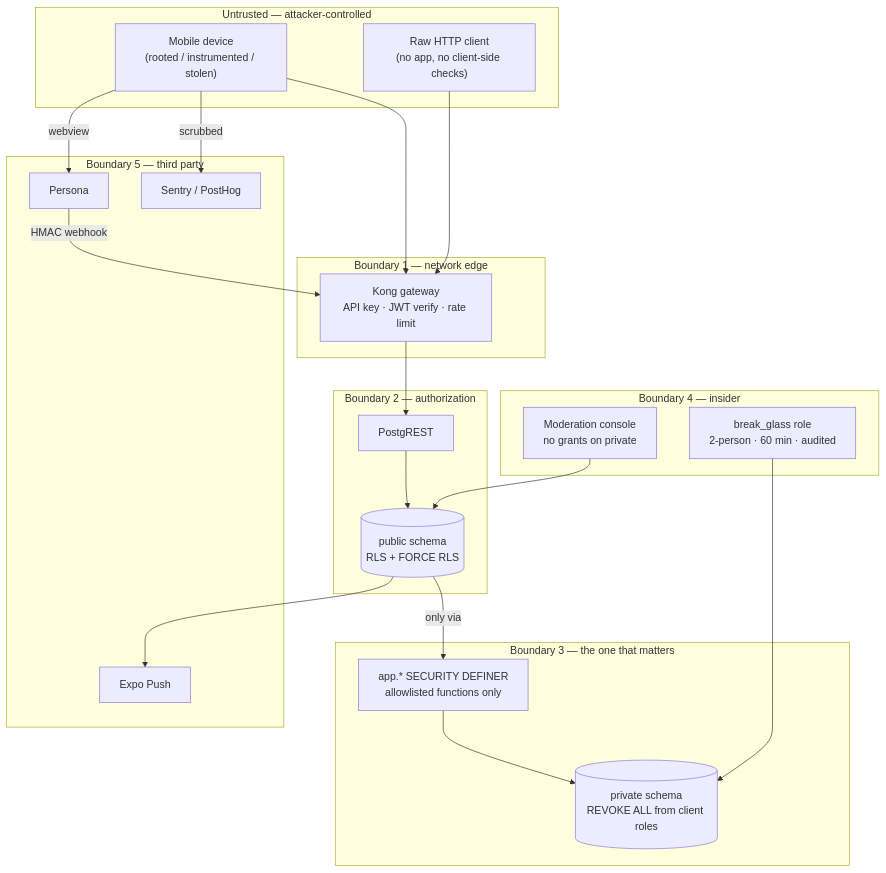
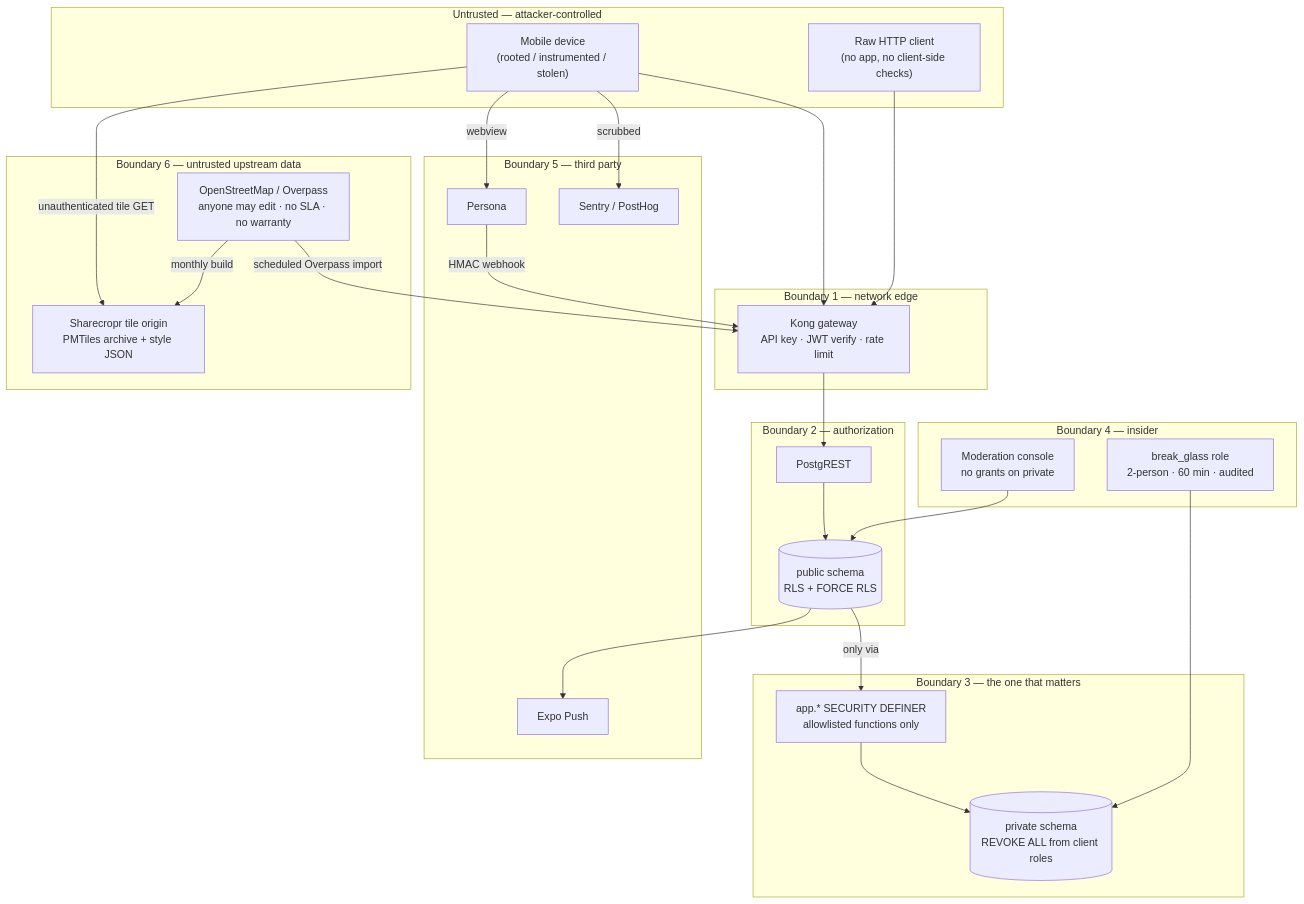
One commit to corbui317/sharecropr changed the diagram in docs/02-security/01-threat-model.md. Above: the diagram before and after it, drawn with Mermaid. The commit also changed other lines of this file and 245 other files, not shown here.

````diff
--- a/docs/02-security/01-threat-model.md
+++ b/docs/02-security/01-threat-model.md
@@ -49,43 +49,51 @@
 ```mermaid
 flowchart TB
     subgraph Untrusted["Untrusted — attacker-controlled"]
         DEV["Mobile device<br/>(rooted / instrumented / stolen)"]
         RAW["Raw HTTP client<br/>(no app, no client-side checks)"]
     end
 
     subgraph Edge["Boundary 1 — network edge"]
         KONG["Kong gateway<br/>API key · JWT verify · rate limit"]
     end
 
     subgraph Data["Boundary 2 — authorization"]
         REST["PostgREST"]
         PUB[("public schema<br/>RLS + FORCE RLS")]
     end
 
     subgraph Secret["Boundary 3 — the one that matters"]
         PRIV[("private schema<br/>REVOKE ALL from client roles")]
         DEF["app.* SECURITY DEFINER<br/>allowlisted functions only"]
     end
 
     subgraph Staff["Boundary 4 — insider"]
         CON["Moderation console<br/>no grants on private"]
         BG["break_glass role<br/>2-person · 60 min · audited"]
     end
 
     subgraph Vendors["Boundary 5 — third party"]
         KYC["Persona"]
         PUSH["Expo Push"]
         OBS["Sentry / PostHog"]
     end
 
+    subgraph Supply["Boundary 6 — untrusted upstream data"]
+        OSM["OpenStreetMap / Overpass<br/>anyone may edit · no SLA · no warranty"]
+        TILE["Sharecropr tile origin<br/>PMTiles archive + style JSON"]
+    end
+
     DEV --> KONG
     RAW --> KONG
     KONG --> REST --> PUB
     PUB -->|only via| DEF --> PRIV
     CON --> PUB
     BG --> PRIV
     DEV -->|webview| KYC
     KYC -->|HMAC webhook| KONG
     PUB --> PUSH
     DEV -->|scrubbed| OBS
+    DEV -->|unauthenticated tile GET| TILE
+    OSM -->|monthly build| TILE
+    OSM -->|scheduled Overpass import| KONG
 ```
````
